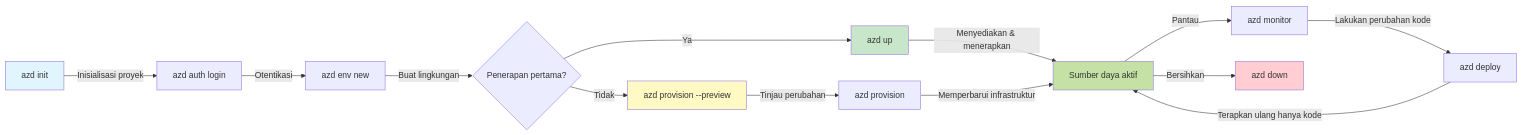
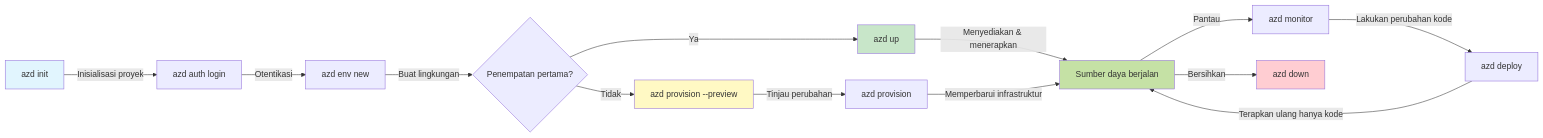
One commit to microsoft/AZD-for-beginners changed the first of 2 diagrams in translations/id/docs/chapter-01-foundation/azd-basics.md. Above: the diagram before and after it, drawn with Mermaid. The commit also changed other lines of this file and 104 other files, not shown here.

````diff
--- a/translations/id/docs/chapter-01-foundation/azd-basics.md
+++ b/translations/id/docs/chapter-01-foundation/azd-basics.md
@@ -269,21 +269,21 @@
 ```mermaid
 graph LR
     A[azd init] -->|Inisialisasi proyek| B[azd auth login]
     B -->|Otentikasi| C[azd env new]
-    C -->|Buat lingkungan| D{Penerapan pertama?}
+    C -->|Buat lingkungan| D{Penempatan pertama?}
     D -->|Ya| E[azd up]
     D -->|Tidak| F[azd provision --preview]
     F -->|Tinjau perubahan| G[azd provision]
-    E -->|Menyediakan & menerapkan| H[Sumber daya aktif]
+    E -->|Menyediakan & menerapkan| H[Sumber daya berjalan]
     G -->|Memperbarui infrastruktur| H
     H -->|Pantau| I[azd monitor]
     I -->|Lakukan perubahan kode| J[azd deploy]
     J -->|Terapkan ulang hanya kode| H
     H -->|Bersihkan| K[azd down]
     
     style A fill:#e1f5fe
     style E fill:#c8e6c9
     style F fill:#fff9c4
     style H fill:#c5e1a5
     style K fill:#ffcdd2
 ```
````
